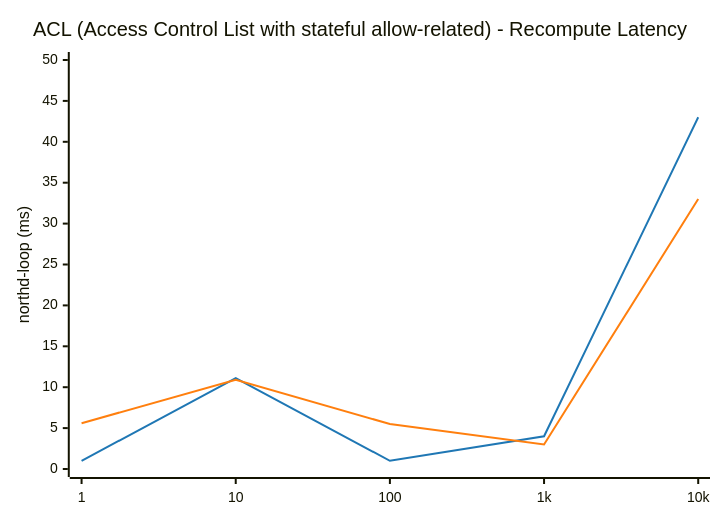
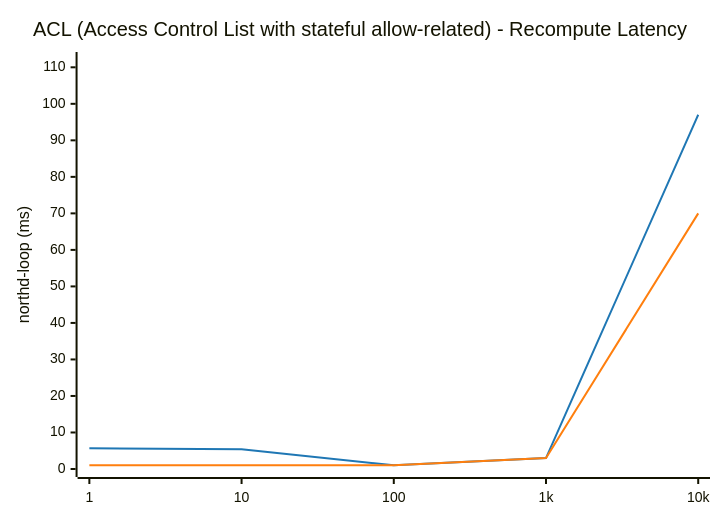
Before and after one commit to LionelJouin/ovs-ovn-bench: the third of 16 diagrams in results/BENCHMARK_REPORT.md, drawn with Mermaid. The commit also changed other lines of this file and 1 other file, not shown here.

````diff
--- a/results/BENCHMARK_REPORT.md
+++ b/results/BENCHMARK_REPORT.md
@@ -177,14 +177,14 @@
 ```mermaid
 ---
 config:
     themeVariables:
         xyChart:
             plotColorPalette: "#1f77b4, #ff7f0e"
 ---
 xychart-beta
     title "ACL (Access Control List with stateful allow-related) - Recompute Latency"
     x-axis ["1", "10", "100", "1k", "10k"]
-    y-axis "northd-loop (ms)" 0 --> 50
-    line "glibc malloc" [1.0, 11.1, 1.0, 4.0, 43.0]
-    line "jemalloc" [5.6, 10.9, 5.5, 3.0, 33.0]
+    y-axis "northd-loop (ms)" 0 --> 112
+    line "glibc malloc" [5.7, 5.4, 1.0, 3.0, 97.0]
+    line "jemalloc" [1.0, 1.0, 1.0, 3.0, 70.0]
 ```
````
